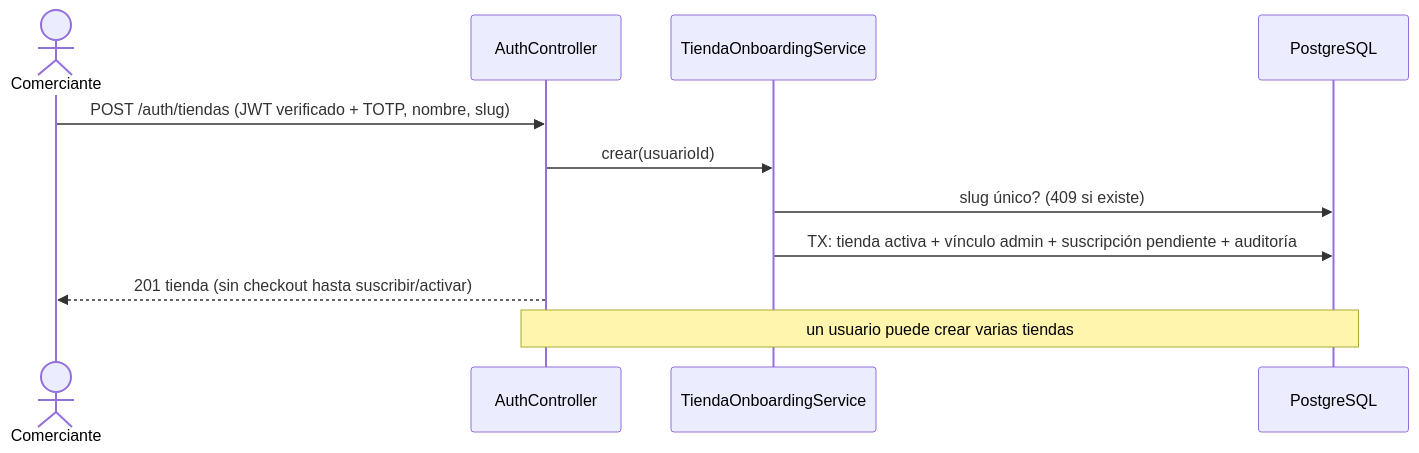
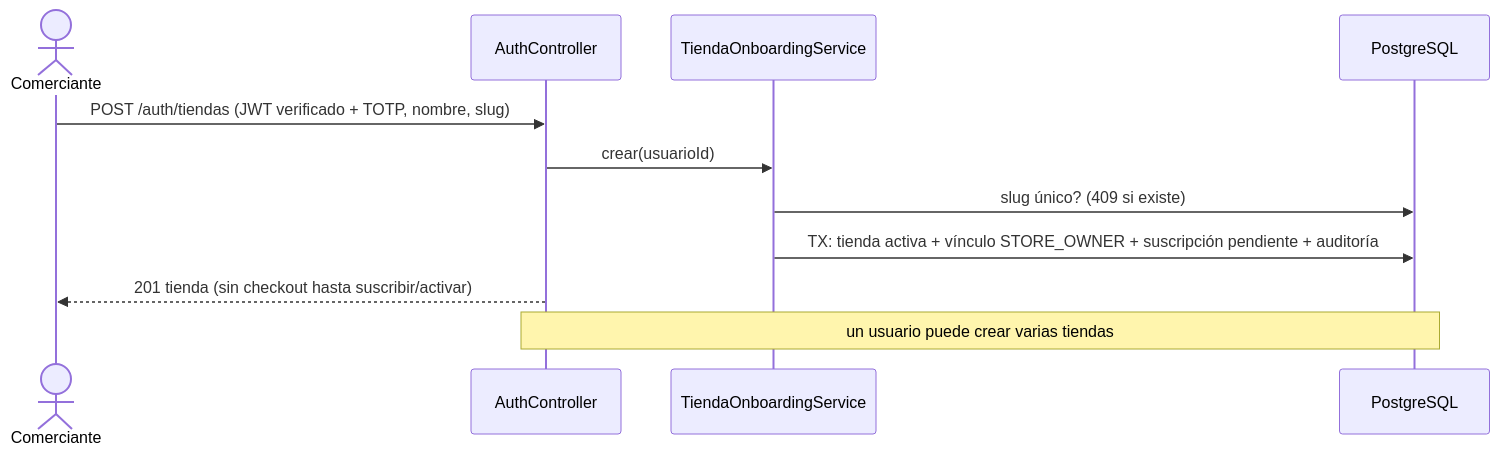
Before and after one commit to LeandroPacsiM/shopify-backend: the fifth of 6 diagrams in diagramas/04-secuencia-auth.md, drawn with Mermaid. The commit also changed other lines of this file and 21 other files, not shown here.

First line of the commit message:
F0: terminologia canonica ADR-016 en docs y diagramas

````diff
--- a/diagramas/04-secuencia-auth.md
+++ b/diagramas/04-secuencia-auth.md
@@ -66,14 +88,14 @@
 ```mermaid
 sequenceDiagram
     actor M as Comerciante
     participant C as AuthController
     participant S as TiendaOnboardingService
     participant D as PostgreSQL
 
     M->>C: POST /auth/tiendas (JWT verificado + TOTP, nombre, slug)
     C->>S: crear(usuarioId)
     S->>D: slug único? (409 si existe)
-    S->>D: TX: tienda activa + vínculo admin + suscripción pendiente + auditoría
+    S->>D: TX: tienda activa + vínculo STORE_OWNER + suscripción pendiente + auditoría
     C-->>M: 201 tienda (sin checkout hasta suscribir/activar)
     Note over C,D: un usuario puede crear varias tiendas
 ```
````
